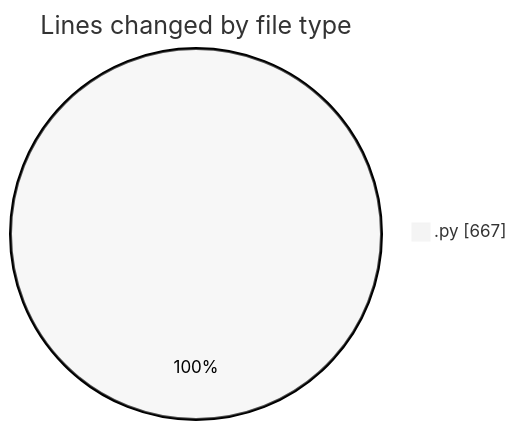
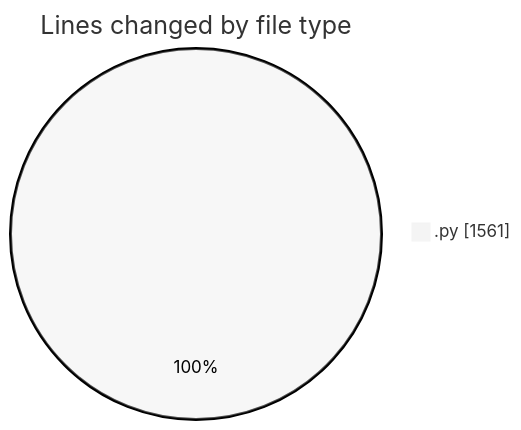
Before and after one commit to julien-gomy/code-tracking: the first of 2 diagrams in 2025-10-21/eventscop-api-guide__workspace_/README.md, drawn with Mermaid (neutral theme). The commit also changed other lines of this file and 1 other file, not shown here.

````diff
--- a/2025-10-21/eventscop-api-guide__workspace_/README.md
+++ b/2025-10-21/eventscop-api-guide__workspace_/README.md
@@ -23,5 +24,5 @@
 ```mermaid
 pie showData
 title Lines changed by file type
-".py" : 667
+".py" : 1561
 ```
````
